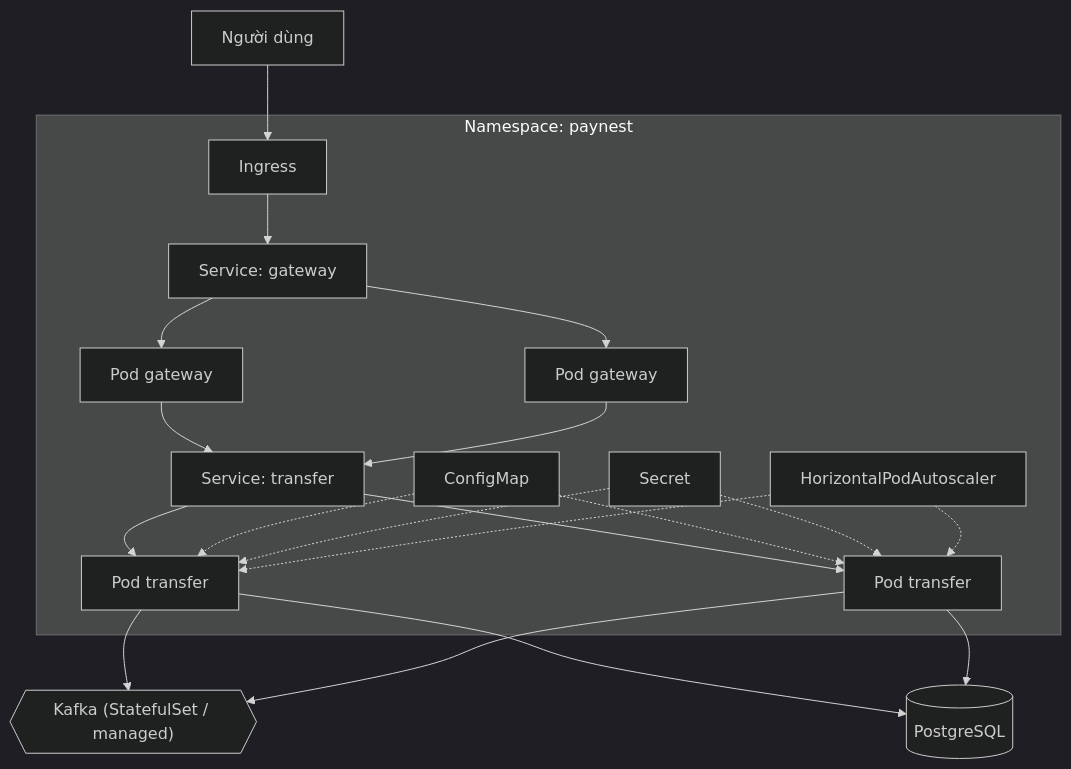
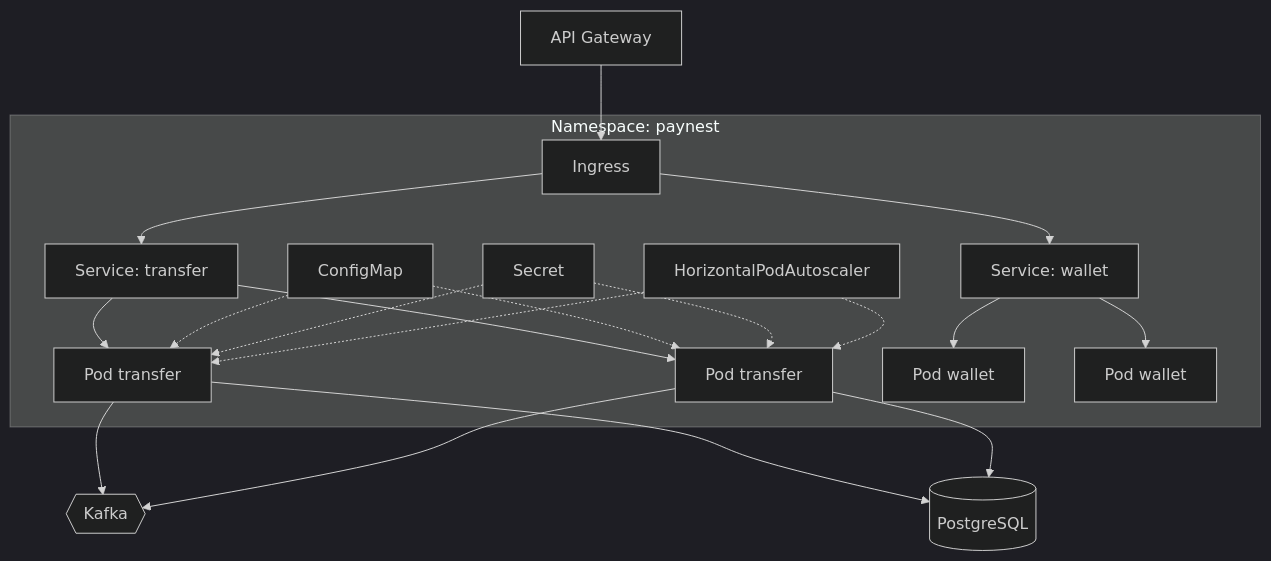
One commit to Trung1234/java-ewallet-microservices changed the seventh of 7 diagrams in README.md. Above: the diagram before and after it, drawn with Mermaid (dark theme). The commit also changed other lines of this file and 1 other file, not shown here.

````diff
--- a/README.md
+++ b/README.md
@@ -263,15 +397,15 @@
 ```mermaid
 flowchart TB
-    U["Người dùng"] --> ING["Ingress"]
+    APIGW["API Gateway"] --> ING["Ingress"]
     subgraph NS["Namespace: paynest"]
-        ING --> SVC_GW["Service: gateway"]
-        SVC_GW --> GW1["Pod gateway"] & GW2["Pod gateway"]
-        GW1 & GW2 --> SVC_T["Service: transfer"]
+        ING --> SVC_T["Service: transfer"]
+        ING --> SVC_W["Service: wallet"]
         SVC_T --> T1["Pod transfer"] & T2["Pod transfer"]
+        SVC_W --> W1["Pod wallet"] & W2["Pod wallet"]
         CM["ConfigMap"] -.-> T1 & T2
         SEC["Secret"] -.-> T1 & T2
         HPA["HorizontalPodAutoscaler"] -.-> T1 & T2
     end
-    T1 & T2 --> KAFKA{{"Kafka (StatefulSet / managed)"}}
+    T1 & T2 --> KAFKA{{"Kafka"}}
     T1 & T2 --> PG[("PostgreSQL")]
 ```
````
